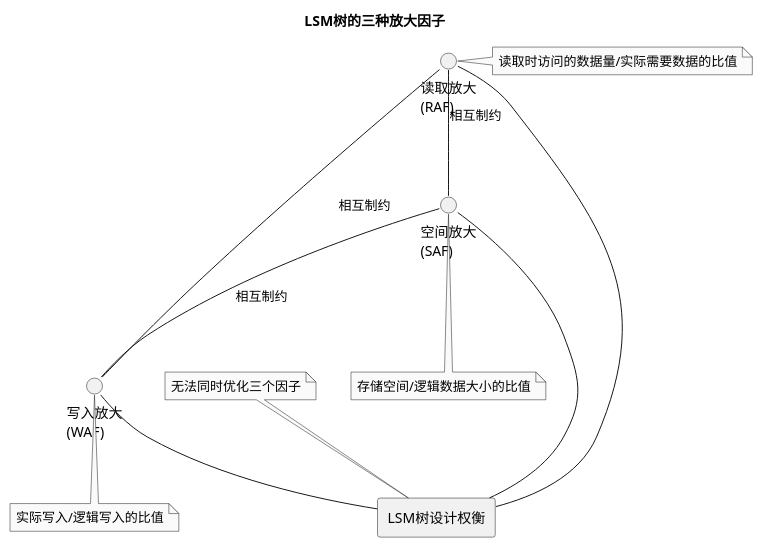
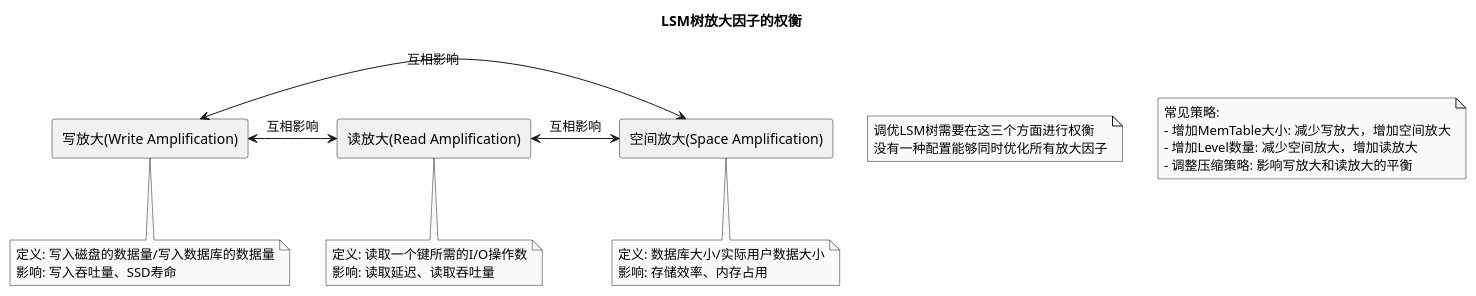
Before and after one commit to jjhbeloved/solutions: the diagram in opensource/rocksdb/docs/lsm/amplification-factors.puml, drawn with PlantUML. The commit also changed 7 other files, not shown here.

```diff
--- a/opensource/rocksdb/docs/lsm/amplification-factors.puml
+++ b/opensource/rocksdb/docs/lsm/amplification-factors.puml
@@ -1,27 +1,41 @@
 @startuml
 skinparam monochrome true
 skinparam shadowing false
-skinparam defaultFontName Microsoft YaHei
 
-title LSM树的三种放大因子
+title LSM树放大因子的权衡
 
-rectangle "LSM树设计权衡" as TRADEOFF
+rectangle "写放大(Write Amplification)" as WRITE_AMP
+rectangle "读放大(Read Amplification)" as READ_AMP
+rectangle "空间放大(Space Amplification)" as SPACE_AMP
 
-circle "写入放大\n(WAF)" as WAF
-circle "读取放大\n(RAF)" as RAF
-circle "空间放大\n(SAF)" as SAF
+WRITE_AMP <-> READ_AMP : 互相影响
+READ_AMP <-> SPACE_AMP : 互相影响
+SPACE_AMP <-> WRITE_AMP : 互相影响
 
-WAF -- TRADEOFF
-RAF -- TRADEOFF
-SAF -- TRADEOFF
+note bottom of WRITE_AMP
+  定义: 写入磁盘的数据量/写入数据库的数据量
+  影响: 写入吞吐量、SSD寿命
+end note
 
-WAF -- RAF : 相互制约
-RAF -- SAF : 相互制约
-SAF -- WAF : 相互制约
+note bottom of READ_AMP
+  定义: 读取一个键所需的I/O操作数
+  影响: 读取延迟、读取吞吐量
+end note
 
-note bottom of WAF : 实际写入/逻辑写入的比值
-note right of RAF : 读取时访问的数据量/实际需要数据的比值
-note bottom of SAF : 存储空间/逻辑数据大小的比值
+note bottom of SPACE_AMP
+  定义: 数据库大小/实际用户数据大小
+  影响: 存储效率、内存占用
+end note
 
-note top of TRADEOFF : 无法同时优化三个因子
+note as N1
+  调优LSM树需要在这三个方面进行权衡
+  没有一种配置能够同时优化所有放大因子
+end note
+
+note as N2
+  常见策略:
+  - 增加MemTable大小: 减少写放大，增加空间放大
+  - 增加Level数量: 减少空间放大，增加读放大
+  - 调整压缩策略: 影响写放大和读放大的平衡
+end note
 @enduml 
```
